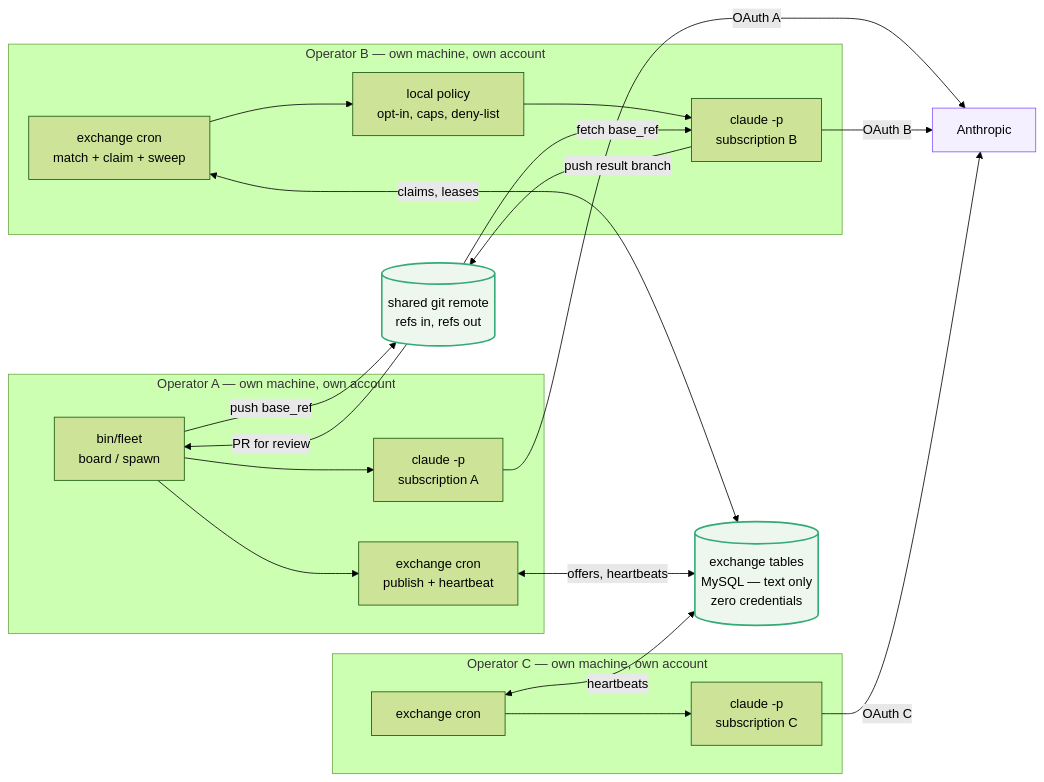
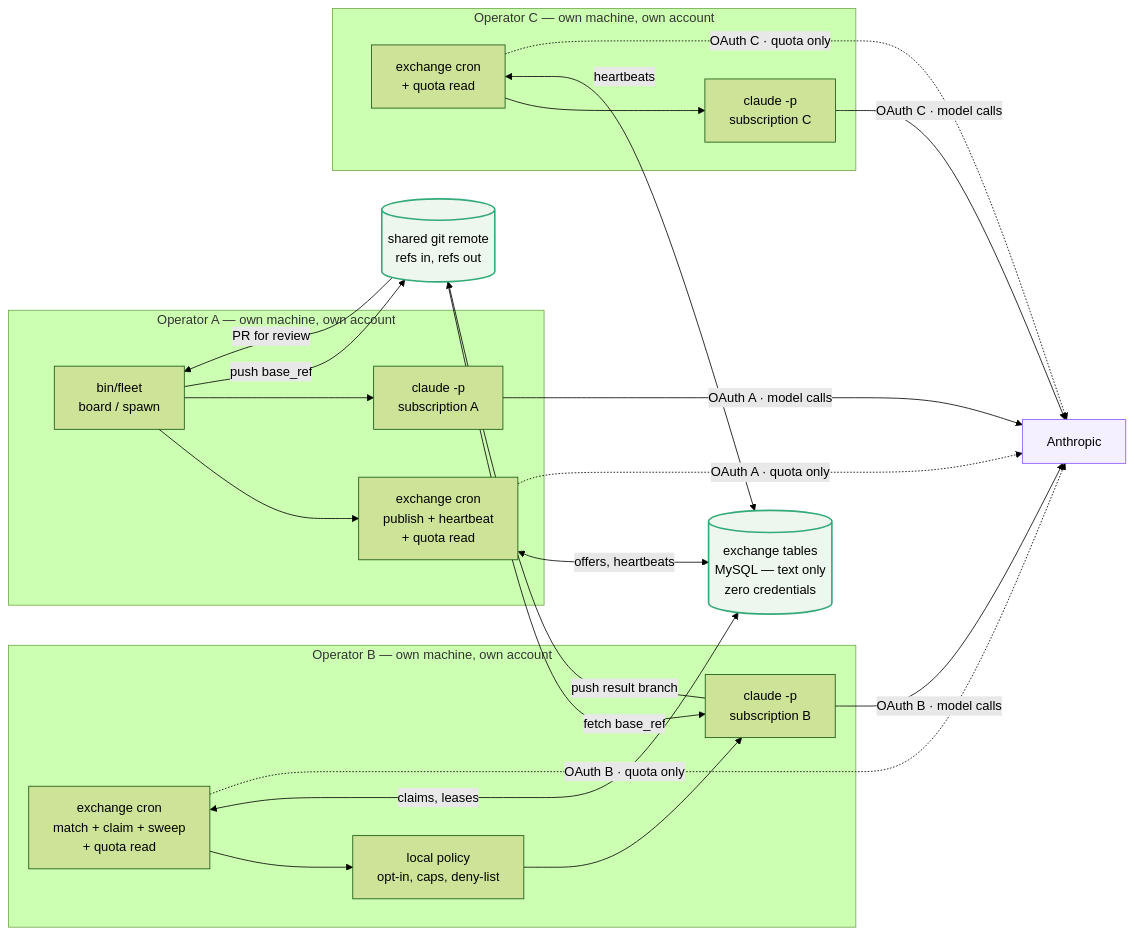
The first of 7 diagrams in docs/TASK_EXCHANGE_DIAGRAMS.md (splockorg/splock), drawn with Mermaid (forest theme) before and after one commit. The commit also changed other lines of this file and 1 other file, not shown here.

````diff
--- a/docs/TASK_EXCHANGE_DIAGRAMS.md
+++ b/docs/TASK_EXCHANGE_DIAGRAMS.md
@@ -17,45 +17,48 @@
 ```mermaid
 flowchart LR
     subgraph OPA["Operator A — own machine, own account"]
         A_FLEET["bin/fleet<br/>board / spawn"]
-        A_CRON["exchange cron<br/>publish + heartbeat"]
+        A_CRON["exchange cron<br/>publish + heartbeat<br/>+ quota read"]
         A_CC["claude -p<br/>subscription A"]
         A_FLEET --> A_CRON
         A_FLEET --> A_CC
     end
 
     subgraph OPB["Operator B — own machine, own account"]
-        B_CRON["exchange cron<br/>match + claim + sweep"]
+        B_CRON["exchange cron<br/>match + claim + sweep<br/>+ quota read"]
         B_POL["local policy<br/>opt-in, caps, deny-list"]
         B_CC["claude -p<br/>subscription B"]
         B_CRON --> B_POL --> B_CC
     end
 
     subgraph OPC["Operator C — own machine, own account"]
-        C_CRON["exchange cron"]
+        C_CRON["exchange cron<br/>+ quota read"]
         C_CC["claude -p<br/>subscription C"]
         C_CRON --> C_CC
     end
 
     DB[("exchange tables<br/>MySQL — text only<br/>zero credentials")]
     GIT[("shared git remote<br/>refs in, refs out")]
 
     A_CRON <-->|"offers, heartbeats"| DB
     B_CRON <-->|"claims, leases"| DB
     C_CRON <-->|"heartbeats"| DB
 
     A_FLEET -->|"push base_ref"| GIT
     B_CC -->|"push result branch"| GIT
     GIT -->|"fetch base_ref"| B_CC
     GIT -->|"PR for review"| A_FLEET
 
     ANT["Anthropic"]
-    A_CC -->|"OAuth A"| ANT
-    B_CC -->|"OAuth B"| ANT
-    C_CC -->|"OAuth C"| ANT
+    A_CC -->|"OAuth A · model calls"| ANT
+    B_CC -->|"OAuth B · model calls"| ANT
+    C_CC -->|"OAuth C · model calls"| ANT
+    A_CRON -.->|"OAuth A · quota only"| ANT
+    B_CRON -.->|"OAuth B · quota only"| ANT
+    C_CRON -.->|"OAuth C · quota only"| ANT
 
     classDef nocred fill:#eef7ee,stroke:#3a7,stroke-width:2px
     classDef vendor fill:#f5f0ff,stroke:#85f,stroke-width:1px
     class DB,GIT nocred
     class ANT vendor
 ```
````
